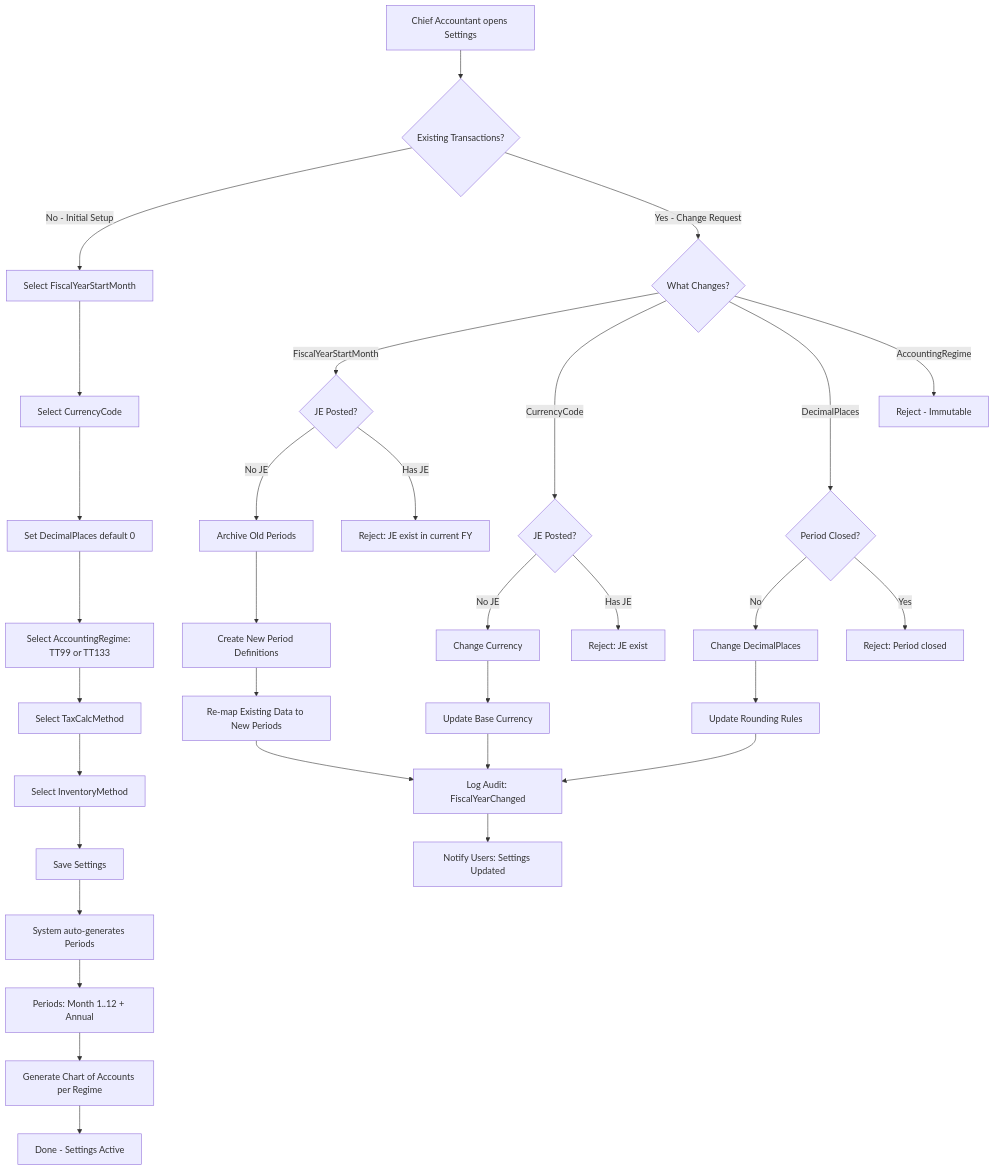
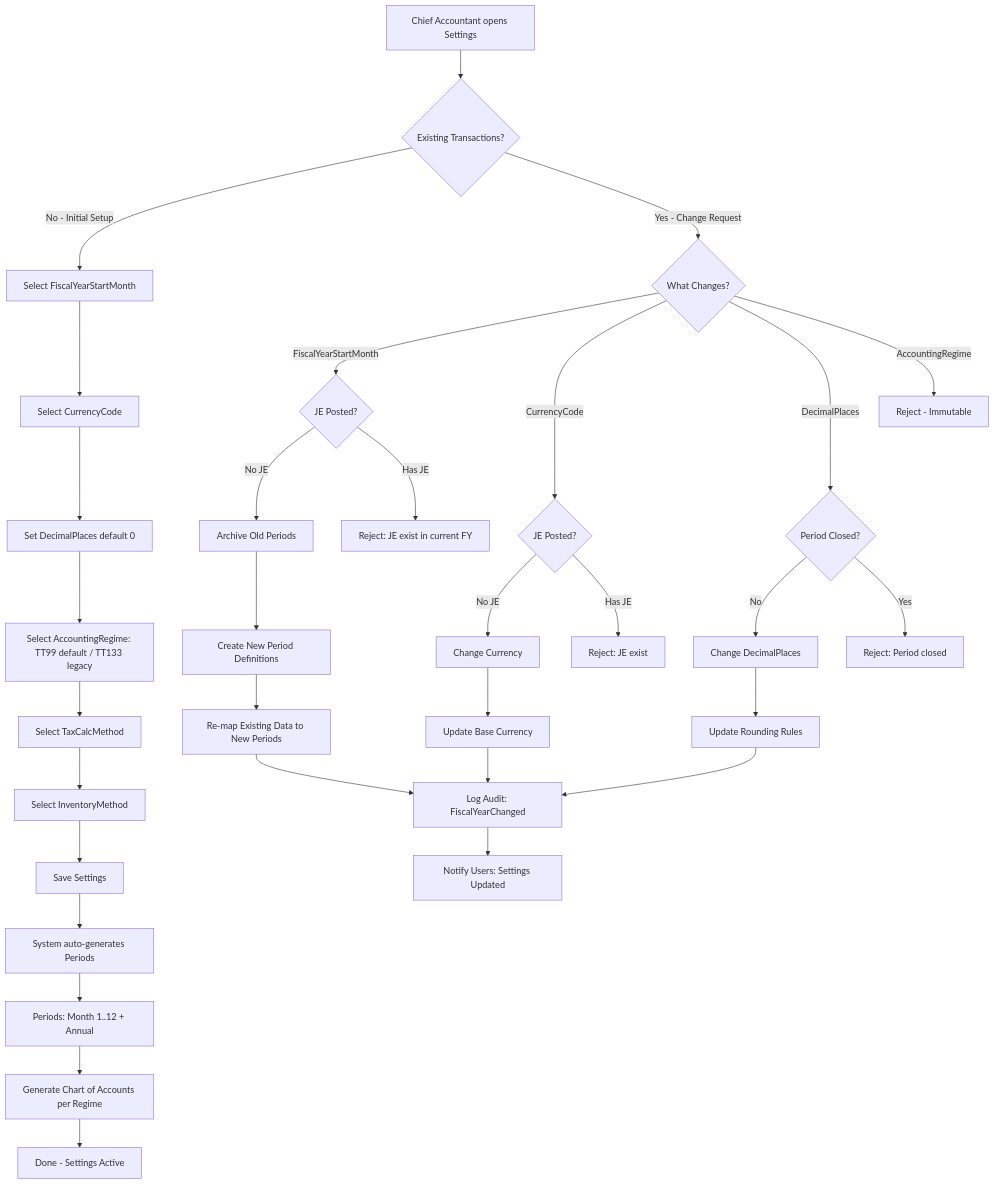
Before and after one commit to vqton/sme_acct: the fourth of 11 diagrams in docs/brd/10-company-workflows.md, drawn with Mermaid. The commit also changed other lines of this file and 40 other files, not shown here.

````diff
--- a/docs/brd/10-company-workflows.md
+++ b/docs/brd/10-company-workflows.md
@@ -500,39 +500,39 @@
 ```mermaid
 graph TD
     A[Chief Accountant opens Settings] --> B{Existing Transactions?}
     B -->|No - Initial Setup| C[Select FiscalYearStartMonth]
     C --> D[Select CurrencyCode]
     D --> E[Set DecimalPlaces default 0]
-    E --> F[Select AccountingRegime: TT99 or TT133]
+    E --> F[Select AccountingRegime: TT99 default / TT133 legacy]
     F --> G[Select TaxCalcMethod]
     G --> H[Select InventoryMethod]
     H --> I[Save Settings]
     I --> J[System auto-generates Periods]
     J --> K[Periods: Month 1..12 + Annual]
     K --> L[Generate Chart of Accounts per Regime]
     L --> M[Done - Settings Active]
 
     B -->|Yes - Change Request| N{What Changes?}
     N -->|FiscalYearStartMonth| O{JE Posted?}
     N -->|CurrencyCode| P{JE Posted?}
     N -->|DecimalPlaces| Q{Period Closed?}
     N -->|AccountingRegime| R[Reject - Immutable]
 
     O -->|No JE| S[Archive Old Periods]
     O -->|Has JE| T[Reject: JE exist in current FY]
     S --> U[Create New Period Definitions]
     U --> V[Re-map Existing Data to New Periods]
 
     P -->|No JE| W[Change Currency]
     P -->|Has JE| X[Reject: JE exist]
     W --> Y[Update Base Currency]
 
     Q -->|No| Z[Change DecimalPlaces]
     Q -->|Yes| AA[Reject: Period closed]
     Z --> AB[Update Rounding Rules]
 
     V --> AC[Log Audit: FiscalYearChanged]
     Y --> AC
     AB --> AC
     AC --> AD[Notify Users: Settings Updated]
 ```
````
